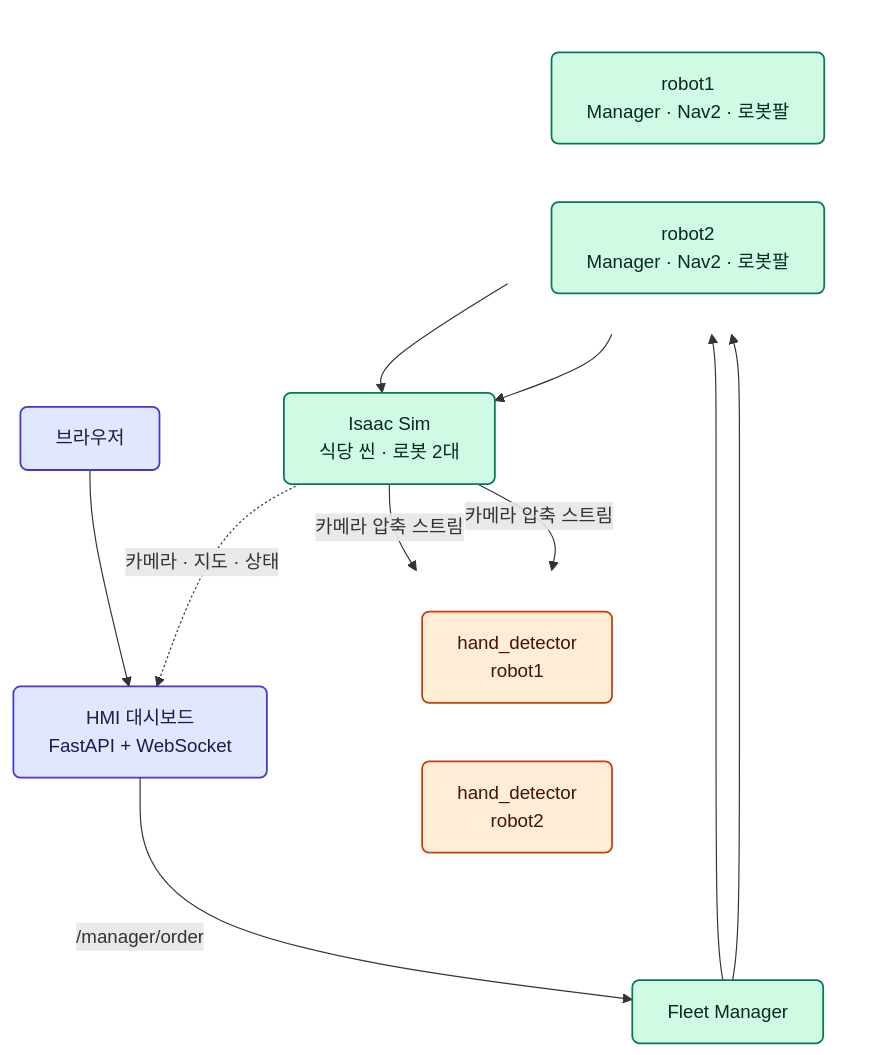
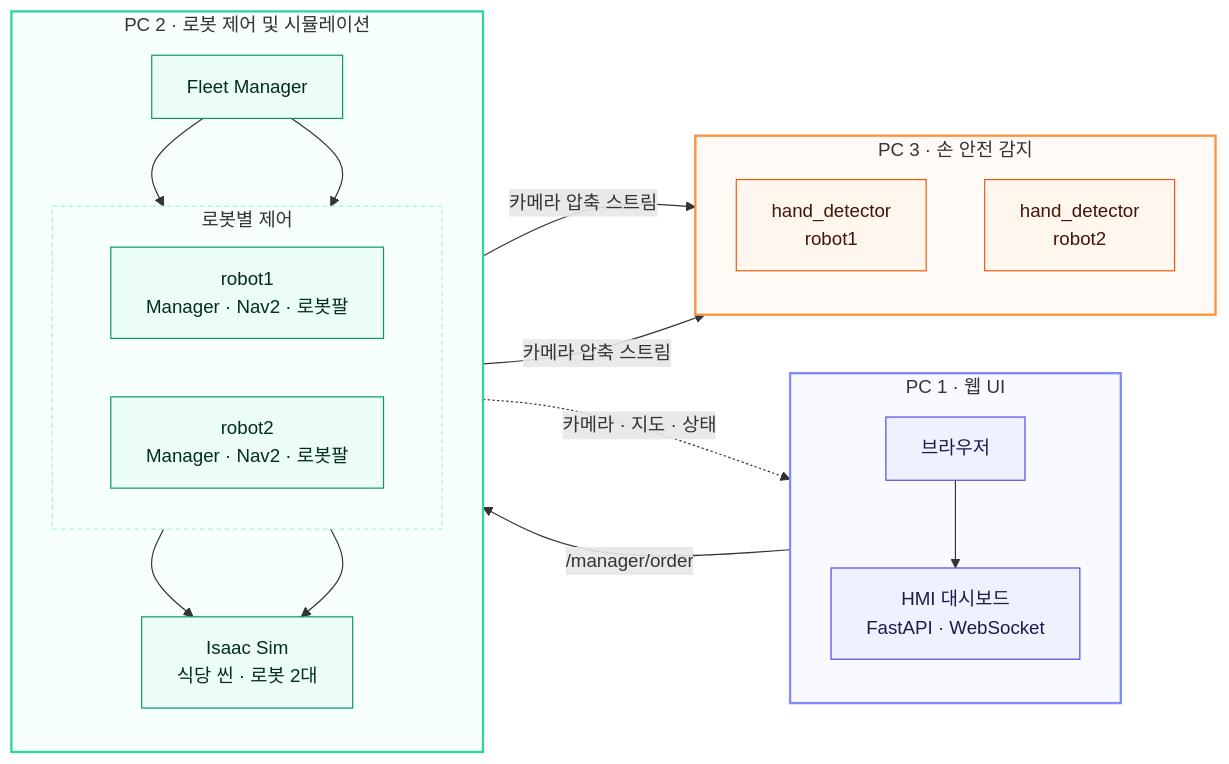
One commit to 2028jun/Rokey_Co3_A1 changed the first of 2 diagrams in README.md. Above: the diagram before and after it, drawn with Mermaid. The commit also changed other lines of this file, not shown here.

Commit message:
docs: improve system architecture diagram layout

````diff
--- a/README.md
+++ b/README.md
@@ -41,36 +41,50 @@
 ```mermaid
-flowchart TB
-    Browser["브라우저"] --> HMI["HMI 대시보드\nFastAPI + WebSocket"]
-    HMI -->|"/manager/order"| Fleet["Fleet Manager"]
+flowchart LR
+    subgraph WebPC["PC 1 · 웹 UI"]
+        direction TB
+        Browser["브라우저"]
+        HMI["HMI 대시보드<br/>FastAPI · WebSocket"]
+        Browser --> HMI
+    end
 
-    subgraph Robots [ ]
-        direction LR
-        M1["robot1\nManager · Nav2 · 로봇팔"]
-        M2["robot2\nManager · Nav2 · 로봇팔"]
+    subgraph MainPC["PC 2 · 로봇 제어 및 시뮬레이션"]
+        direction TB
+        Fleet["Fleet Manager"]
+
+        subgraph RobotControl["로봇별 제어"]
+            direction LR
+            M1["robot1<br/>Manager · Nav2 · 로봇팔"]
+            M2["robot2<br/>Manager · Nav2 · 로봇팔"]
+        end
+
+        Isaac["Isaac Sim<br/>식당 씬 · 로봇 2대"]
+
+        Fleet --> M1
+        Fleet --> M2
+        M1 --> Isaac
+        M2 --> Isaac
     end
-    style Robots fill:none,stroke:none
 
-    Fleet --> M1
-    Fleet --> M2
+    subgraph YoloPC["PC 3 · 손 안전 감지"]
+        direction TB
+        Y1["hand_detector<br/>robot1"]
+        Y2["hand_detector<br/>robot2"]
+    end
 
-    M1 --> Isaac["Isaac Sim\n식당 씬 · 로봇 2대"]
-    M2 --> Isaac
-
-    subgraph Detectors [ ]
-        direction LR
-        Y1["hand_detector\nrobot1"]
-        Y2["hand_detector\nrobot2"]
-    end
-    style Detectors fill:none,stroke:none
-
+    HMI -->|"/manager/order"| Fleet
     Isaac -->|"카메라 압축 스트림"| Y1
     Isaac -->|"카메라 압축 스트림"| Y2
     Isaac -.->|"카메라 · 지도 · 상태"| HMI
 
-    classDef web fill:#e0e7ff,stroke:#4338ca,color:#1e1b4b,stroke-width:1.5px,rx:6,ry:6;
-    classDef main fill:#d1fae5,stroke:#047857,color:#022c22,stroke-width:1.5px,rx:6,ry:6;
-    classDef yolo fill:#ffedd5,stroke:#c2410c,color:#431407,stroke-width:1.5px,rx:6,ry:6;
-    class Browser,HMI web
-    class Fleet,M1,M2,Isaac main
-    class Y1,Y2 yolo
+    classDef web fill:#eef2ff,stroke:#4f46e5,color:#1e1b4b;
+    classDef main fill:#ecfdf5,stroke:#059669,color:#022c22;
+    classDef yolo fill:#fff7ed,stroke:#ea580c,color:#431407;
+    class Browser,HMI web;
+    class Fleet,M1,M2,Isaac main;
+    class Y1,Y2 yolo;
+
+    style WebPC fill:#f8faff,stroke:#818cf8,stroke-width:2px
+    style MainPC fill:#f6fffb,stroke:#34d399,stroke-width:2px
+    style RobotControl fill:none,stroke:#a7f3d0,stroke-dasharray:4 3
+    style YoloPC fill:#fffaf5,stroke:#fb923c,stroke-width:2px
 ```
````
